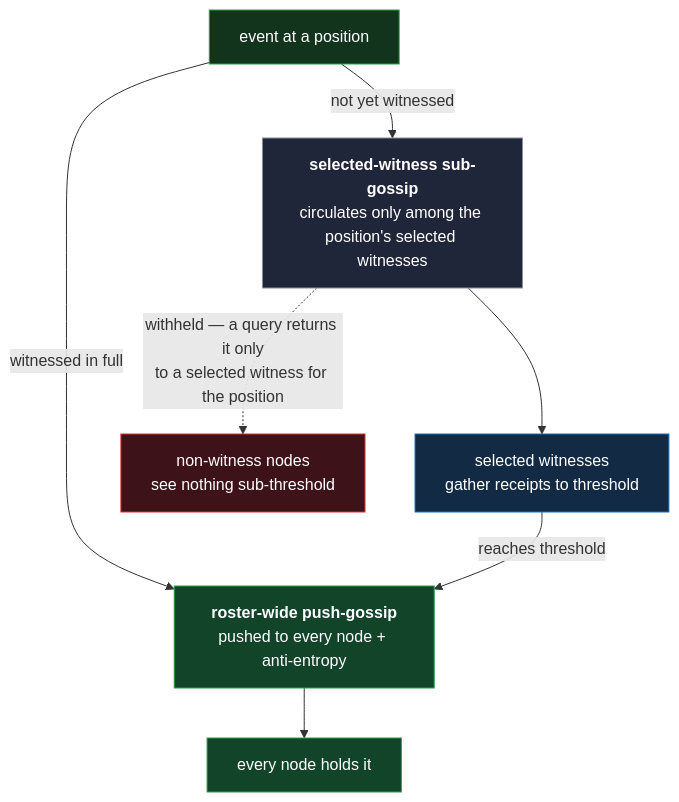
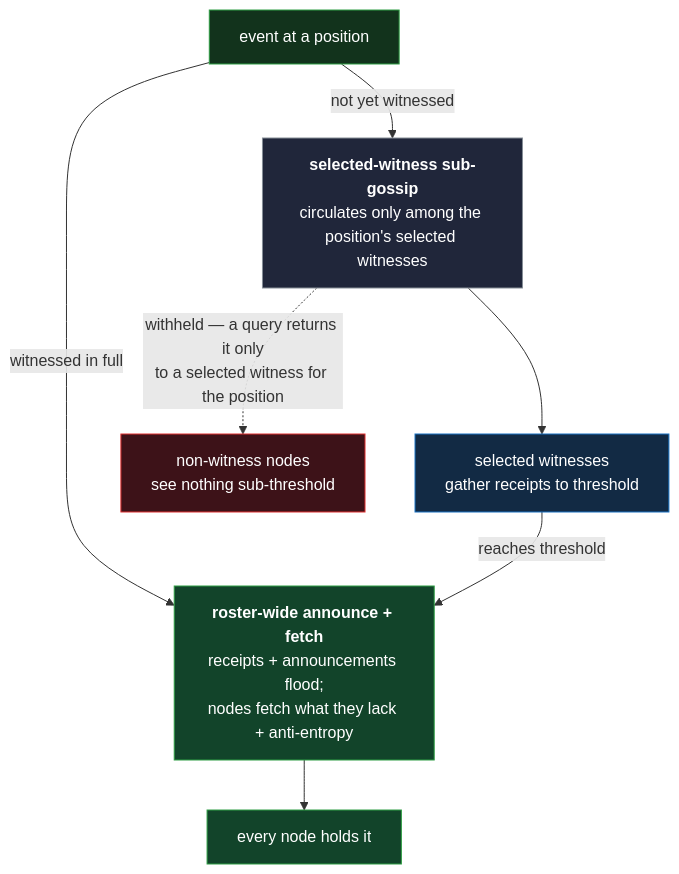
The diagram in docs/design/substrate/federation/topics.md (jasoncolburne/vdti), drawn with Mermaid before and after one commit. The commit also changed other lines of this file and 15 other files, not shown here.

````diff
--- a/docs/design/substrate/federation/topics.md
+++ b/docs/design/substrate/federation/topics.md
@@ -31,15 +33,15 @@
 ```mermaid
 flowchart TD
   ev["event at a position"]:::iel
   ev -->|"not yet witnessed"| sub["<b>selected-witness sub-gossip</b><br/>circulates only among the position's selected witnesses"]:::q
-  ev -->|"witnessed in full"| push["<b>roster-wide push-gossip</b><br/>pushed to every node + anti-entropy"]:::good
+  ev -->|"witnessed in full"| push["<b>roster-wide announce + fetch</b><br/>receipts + announcements flood;<br/>nodes fetch what they lack + anti-entropy"]:::good
   sub --> w["selected witnesses<br/>gather receipts to threshold"]:::sel
   sub -.->|"withheld — a query returns it only<br/>to a selected witness for the position"| nonw["non-witness nodes<br/>see nothing sub-threshold"]:::bad
   push --> all["every node holds it"]:::good
   w -->|"reaches threshold"| push
   classDef iel fill:#12331c,stroke:#2f9e44,color:#fff
   classDef sel fill:#122a44,stroke:#1971c2,color:#fff
   classDef q fill:#20263a,stroke:#868e96,color:#fff
   classDef good fill:#12442a,stroke:#2f9e44,color:#fff
   classDef bad fill:#3d1218,stroke:#e03131,color:#fff
 ```
````
